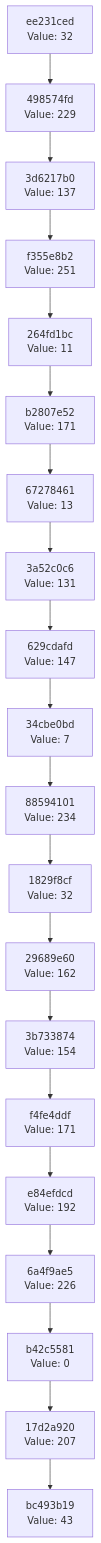
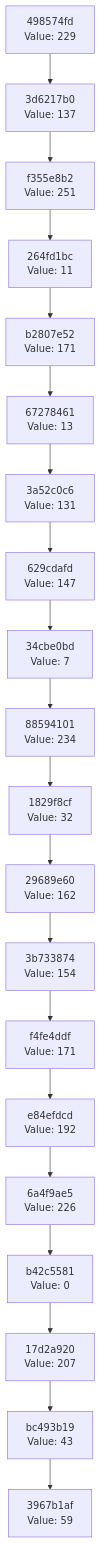
Before and after one commit to Abhisheksinha1506/hash-chain-evolver: the diagram in docs/CHAIN_VISUALIZATION.md, drawn with Mermaid. The commit also changed 1 other file, not shown here.

Commit message:
Evolution step: hash 0x3B → action executed

````diff
--- a/docs/CHAIN_VISUALIZATION.md
+++ b/docs/CHAIN_VISUALIZATION.md
@@ -3,42 +3,42 @@
 ```mermaid
 graph TD
-    C0["bc493b19<br/>Value: 43"]
-    C1["17d2a920<br/>Value: 207"]
+    C0["3967b1af<br/>Value: 59"]
+    C1["bc493b19<br/>Value: 43"]
     C1 --> C0
-    C2["b42c5581<br/>Value: 0"]
+    C2["17d2a920<br/>Value: 207"]
     C2 --> C1
-    C3["6a4f9ae5<br/>Value: 226"]
+    C3["b42c5581<br/>Value: 0"]
     C3 --> C2
-    C4["e84efdcd<br/>Value: 192"]
+    C4["6a4f9ae5<br/>Value: 226"]
     C4 --> C3
-    C5["f4fe4ddf<br/>Value: 171"]
+    C5["e84efdcd<br/>Value: 192"]
     C5 --> C4
-    C6["3b733874<br/>Value: 154"]
+    C6["f4fe4ddf<br/>Value: 171"]
     C6 --> C5
-    C7["29689e60<br/>Value: 162"]
+    C7["3b733874<br/>Value: 154"]
     C7 --> C6
-    C8["1829f8cf<br/>Value: 32"]
+    C8["29689e60<br/>Value: 162"]
     C8 --> C7
-    C9["88594101<br/>Value: 234"]
+    C9["1829f8cf<br/>Value: 32"]
     C9 --> C8
-    C10["34cbe0bd<br/>Value: 7"]
+    C10["88594101<br/>Value: 234"]
     C10 --> C9
-    C11["629cdafd<br/>Value: 147"]
+    C11["34cbe0bd<br/>Value: 7"]
     C11 --> C10
-    C12["3a52c0c6<br/>Value: 131"]
+    C12["629cdafd<br/>Value: 147"]
     C12 --> C11
-    C13["67278461<br/>Value: 13"]
+    C13["3a52c0c6<br/>Value: 131"]
     C13 --> C12
-    C14["b2807e52<br/>Value: 171"]
+    C14["67278461<br/>Value: 13"]
     C14 --> C13
-    C15["264fd1bc<br/>Value: 11"]
+    C15["b2807e52<br/>Value: 171"]
     C15 --> C14
-    C16["f355e8b2<br/>Value: 251"]
+    C16["264fd1bc<br/>Value: 11"]
     C16 --> C15
-    C17["3d6217b0<br/>Value: 137"]
+    C17["f355e8b2<br/>Value: 251"]
     C17 --> C16
-    C18["498574fd<br/>Value: 229"]
+    C18["3d6217b0<br/>Value: 137"]
     C18 --> C17
-    C19["ee231ced<br/>Value: 32"]
+    C19["498574fd<br/>Value: 229"]
     C19 --> C18
 ```
````
